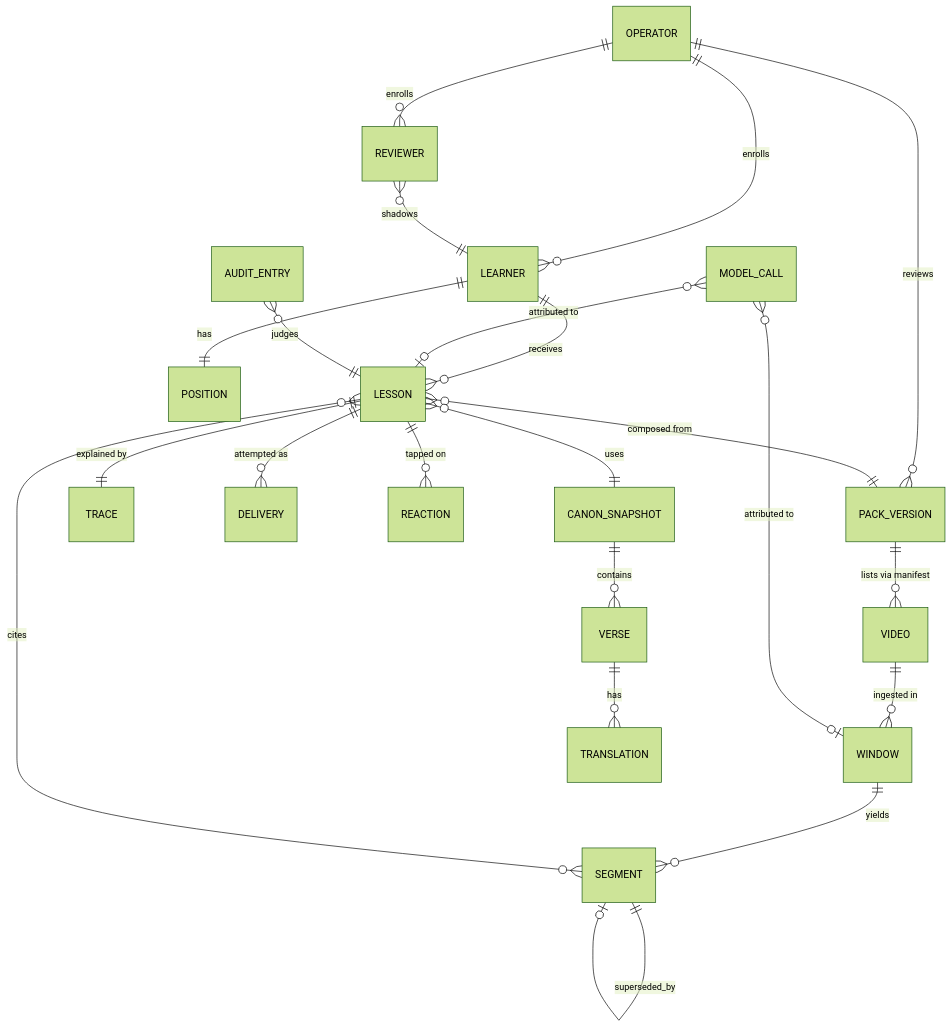
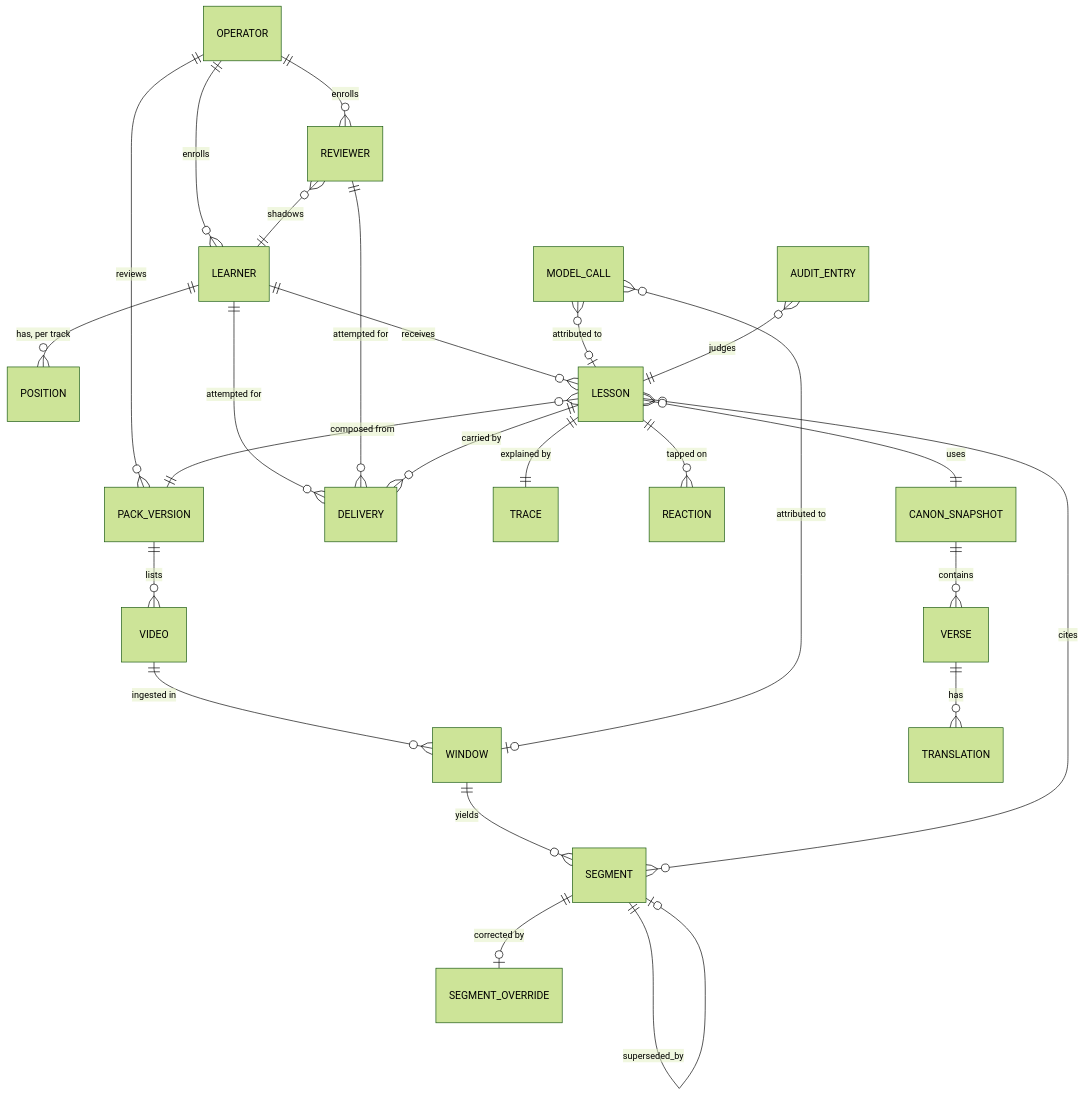
One commit to udayauma/gita-agent changed the third of 5 diagrams in docs/technical_spec.md. Above: the diagram before and after it, drawn with Mermaid (forest theme). The commit also changed other lines of this file and 1 other file, not shown here.

````diff
--- a/docs/technical_spec.md
+++ b/docs/technical_spec.md
@@ -191,24 +216,27 @@
 ```mermaid
 erDiagram
   OPERATOR ||--o{ LEARNER : enrolls
   OPERATOR ||--o{ REVIEWER : enrolls
   OPERATOR ||--o{ PACK_VERSION : reviews
   REVIEWER }o--|| LEARNER : shadows
-  PACK_VERSION ||--o{ VIDEO : "lists via manifest"
+  PACK_VERSION ||--o{ VIDEO : "lists"
   VIDEO ||--o{ WINDOW : "ingested in"
   WINDOW ||--o{ SEGMENT : yields
   SEGMENT ||--o| SEGMENT : "superseded_by"
-  LEARNER ||--|| POSITION : has
+  SEGMENT ||--o| SEGMENT_OVERRIDE : "corrected by"
+  LEARNER ||--o{ POSITION : "has, per track"
   LEARNER ||--o{ LESSON : receives
+  LEARNER ||--o{ DELIVERY : "attempted for"
+  REVIEWER ||--o{ DELIVERY : "attempted for"
   LESSON ||--|| TRACE : "explained by"
-  LESSON ||--o{ DELIVERY : "attempted as"
+  LESSON ||--o{ DELIVERY : "carried by"
   LESSON ||--o{ REACTION : "tapped on"
   LESSON }o--|| PACK_VERSION : "composed from"
-  LESSON }o--o{ SEGMENT : "cites"
+  LESSON }o--o{ SEGMENT : cites
   CANON_SNAPSHOT ||--o{ VERSE : contains
   VERSE ||--o{ TRANSLATION : has
-  LESSON }o--|| CANON_SNAPSHOT : "uses"
+  LESSON }o--|| CANON_SNAPSHOT : uses
   MODEL_CALL }o--o| LESSON : "attributed to"
   MODEL_CALL }o--o| WINDOW : "attributed to"
-  AUDIT_ENTRY }o--|| LESSON : "judges"
+  AUDIT_ENTRY }o--|| LESSON : judges
 ```
````
